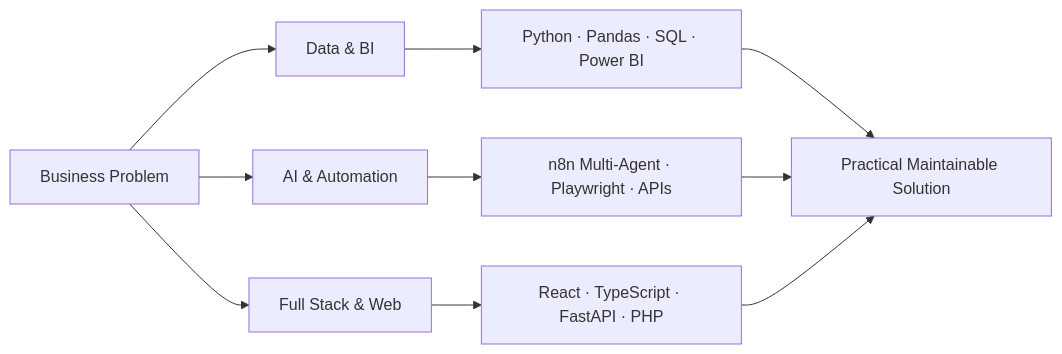
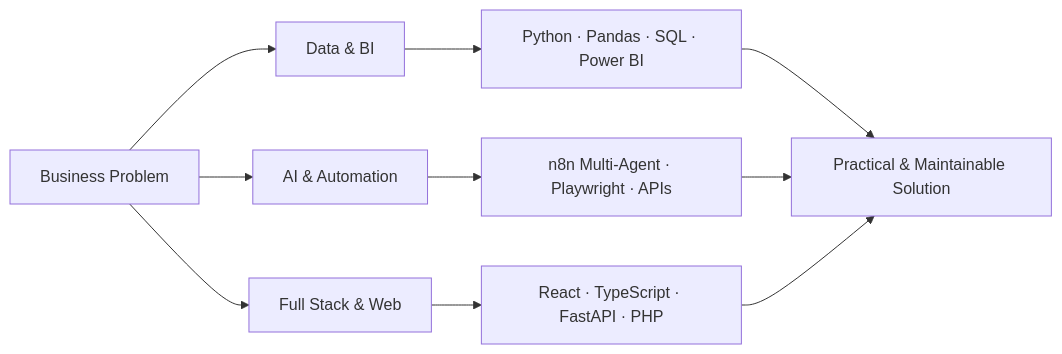
One commit to YohanVallier/YohanVallier changed the first of 2 diagrams in README.md. Above: the diagram before and after it, drawn with Mermaid. The commit also changed other lines of this file, not shown here.

````diff
--- a/README.md
+++ b/README.md
@@ -51,12 +59,12 @@
 ```mermaid
 flowchart LR
     A[Business Problem] --> B[Data & BI]
     A --> C[AI & Automation]
     A --> D[Full Stack & Web]
     B --> B1[Python · Pandas · SQL · Power BI]
     C --> C1[n8n Multi-Agent · Playwright · APIs]
     D --> D1[React · TypeScript · FastAPI · PHP]
-    B1 --> E[Practical Maintainable Solution]
+    B1 --> E[Practical & Maintainable Solution]
     C1 --> E
     D1 --> E
 ```
````
